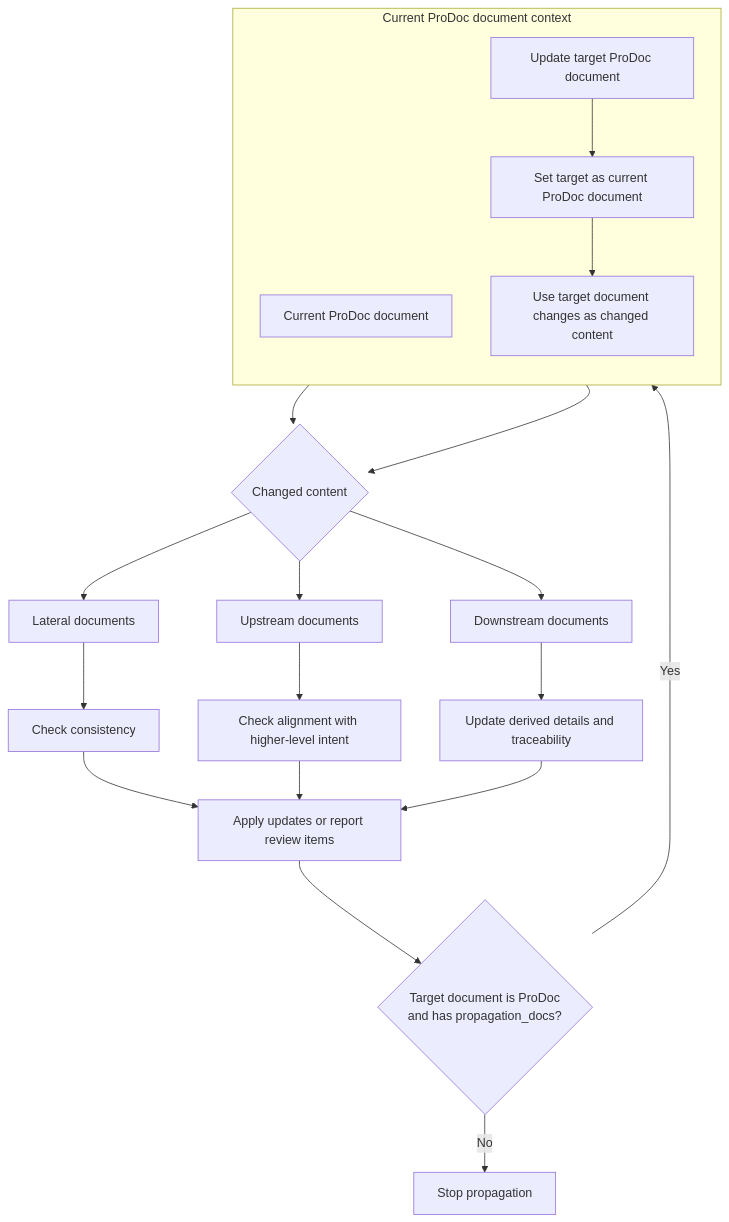
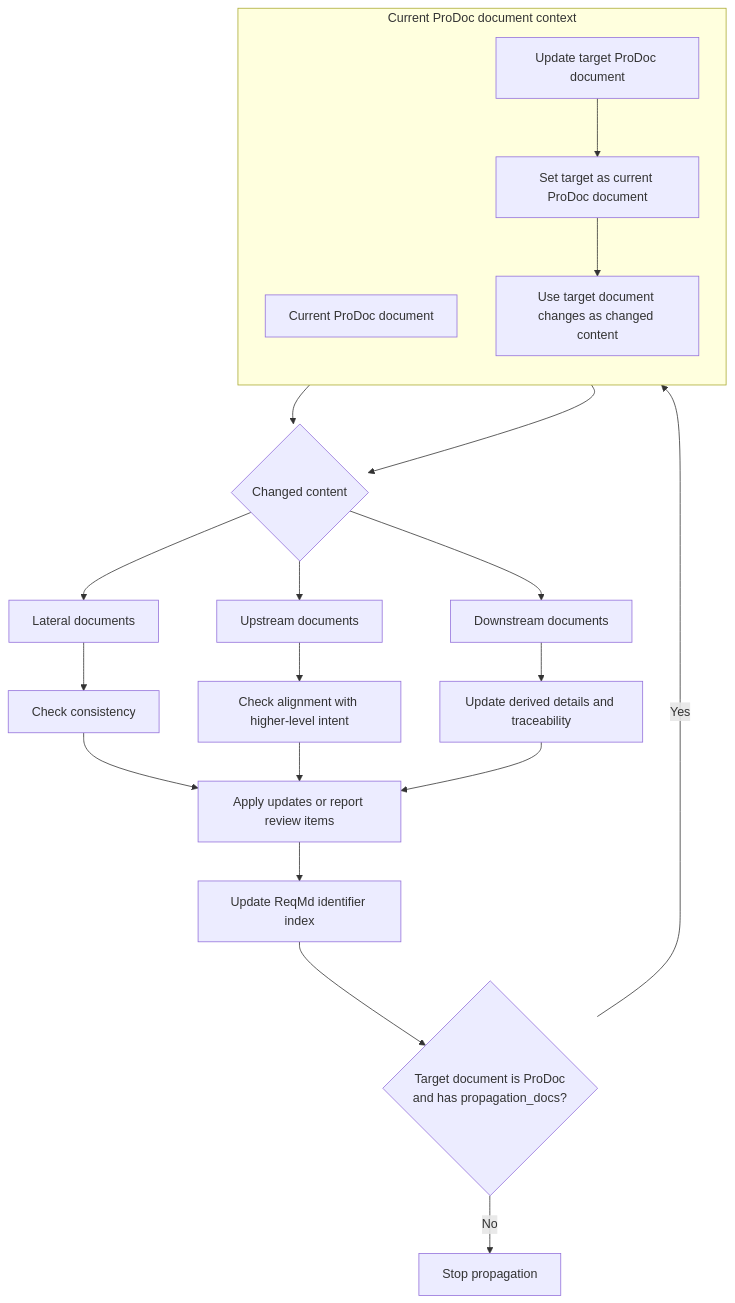
One commit to wizest/reqmd changed the diagram in reqmd/programmable_documentation.md. Above: the diagram before and after it, drawn with Mermaid. The commit also changed other lines of this file, not shown here.

````diff
--- a/reqmd/programmable_documentation.md
+++ b/reqmd/programmable_documentation.md
@@ -160,30 +181,32 @@
 ```mermaid
 flowchart TD
     subgraph CurrentContext[Current ProDoc document context]
         direction TB
         A[Current ProDoc document]
         H[Update target ProDoc document]
         J[Set target as current ProDoc document]
         K[Use target document changes as changed content]
     end
 
     A --> B{Changed content}
     B --> C[Lateral documents]
     B --> D[Upstream documents]
     B --> E[Downstream documents]
 
     C --> C1[Check consistency]
     D --> D1[Check alignment with higher-level intent]
     E --> E1[Update derived details and traceability]
 
     C1 --> F[Apply updates or report review items]
     D1 --> F
     E1 --> F
 
-    F --> G{Target document is ProDoc<br/>and has propagation_docs?}
+    F --> X[Update ReqMd identifier index]
+
+    X --> G{Target document is ProDoc<br/>and has propagation_docs?}
     G -->|Yes| H[Update target ProDoc document]
     H --> J[Set target as current ProDoc document]
     J --> K[Use target document changes as changed content]
     K --> B
     G -->|No| I[Stop propagation]
 ```
````
